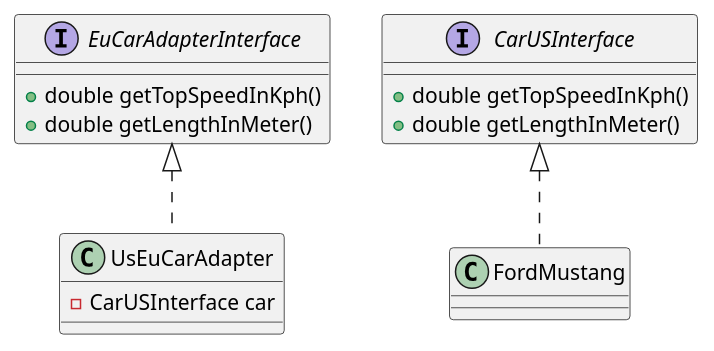
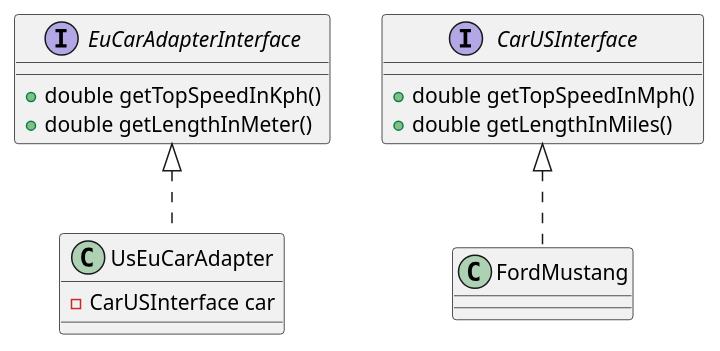
The diagram in src/java_design_patterns/A_adapter_pattern/ex_movable/movableUML.puml (JonasHellgren/JavaBasics), drawn with PlantUML before and after one commit. The commit also changed 15 other files, not shown here.

```diff
--- a/src/java_design_patterns/A_adapter_pattern/ex_movable/movableUML.puml
+++ b/src/java_design_patterns/A_adapter_pattern/ex_movable/movableUML.puml
@@ -1,23 +1,23 @@
 @startuml
 class UsEuCarAdapter {
 - CarUSInterface car
 
 }
 interface CarUSInterface {
-+ double getTopSpeedInKph()
-+ double getLengthInMeter()
++ double getTopSpeedInMph()
++ double getLengthInMiles()
 }
 
 interface EuCarAdapterInterface {
 + double getTopSpeedInKph()
 + double getLengthInMeter()
 }
 
 class FordMustang {
 
 }
 
 
 EuCarAdapterInterface <|.. UsEuCarAdapter
 CarUSInterface <|.. FordMustang
 @enduml
```
